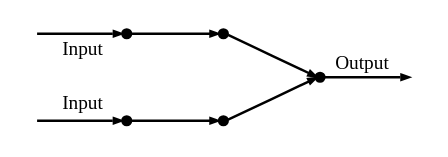
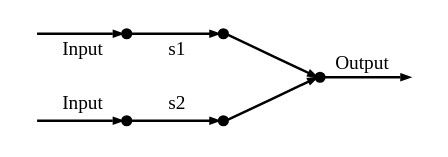
One commit to Jegp/thesis changed the diagram in report/chapters/volr/example1.dot. Above: the diagram before and after it, drawn with Graphviz. The commit also changed 14 other files, not shown here.

```diff
--- a/report/chapters/volr/example1.dot
+++ b/report/chapters/volr/example1.dot
@@ -1,19 +1,19 @@
 digraph example1 {
     rankdir = "LR";
     ratio=0.25;
     graph [margin=0];
     edge [arrowsize=0.3, labelfontsize=8];
     node [shape=point, width=0.05];
 
     i_0, i_1, o_1 [color=white, label=" "];
 
     i_0 -> s_0 [taillabel="Input", labelangle=-20, labeldistance=2];
     i_1 -> s_1 [taillabel="Input", labelangle=20, labeldistance=2];
-    s_0 -> s_01;
-    s_1 -> s_11;
+    s_0 -> s_01 [taillabel="s1", labelangle=-20, labeldistance=2];
+    s_1 -> s_11 [taillabel="s2", labelangle=20, labeldistance=2];
     s_01 -> p_0 [weight=2];
     s_11 -> p_0 [weight=2];
 
     p_0 -> o_1 [headlabel="Output", labelangle=-15, labeldistance=2];
 
 }
```
